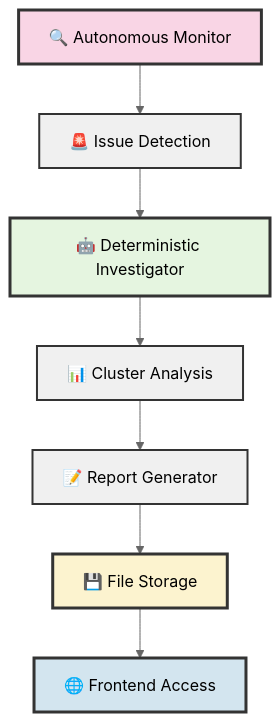
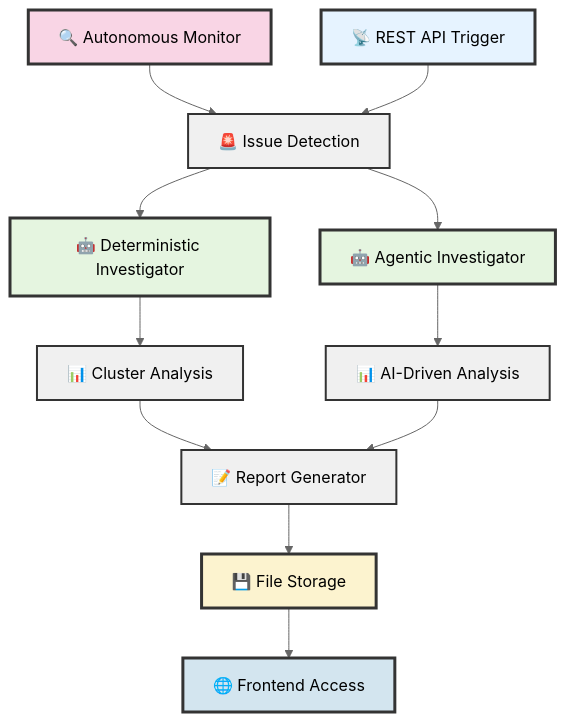
The fifth of 5 diagrams in README.md (Unobtainiumrock/kubernetes-agentic-swam-yc-hackathon), drawn with Mermaid (neutral theme) before and after one commit. The commit also changed other lines of this file and 1 other file, not shown here.

Commit message:
finalize migration of agents from api directory into backend directory. Update the architecture diagrams in README to reflect changes in the system

````diff
--- a/README.md
+++ b/README.md
@@ -266,21 +275,27 @@
 ```mermaid
 flowchart TD
     A[🔍 Autonomous Monitor] --> B[🚨 Issue Detection]
+    API["📡 REST API Trigger"] --> B
     B --> C[🤖 Deterministic Investigator]
+    B --> C2[🤖 Agentic Investigator]
     C --> D[📊 Cluster Analysis]
+    C2 --> D2[📊 AI-Driven Analysis]
     D --> E[📝 Report Generator]
+    D2 --> E
     E --> F[💾 File Storage]
     F --> G[🌐 Frontend Access]
     
     classDef monitor fill:#f9d5e5,stroke:#333,stroke-width:3px,font-size:16px
     classDef investigator fill:#e5f5e0,stroke:#333,stroke-width:3px,font-size:16px
     classDef storage fill:#fcf3cf,stroke:#333,stroke-width:3px,font-size:16px
     classDef frontend fill:#d3e5ef,stroke:#333,stroke-width:3px,font-size:16px
     classDef process fill:#f0f0f0,stroke:#333,stroke-width:2px,font-size:16px
+    classDef api fill:#e6f3ff,stroke:#333,stroke-width:3px,font-size:16px
     
     class A monitor
-    class C investigator
+    class C,C2 investigator
     class F storage
     class G frontend
-    class B,D,E process
+    class B,D,D2,E process
+    class API api
 ```
````
